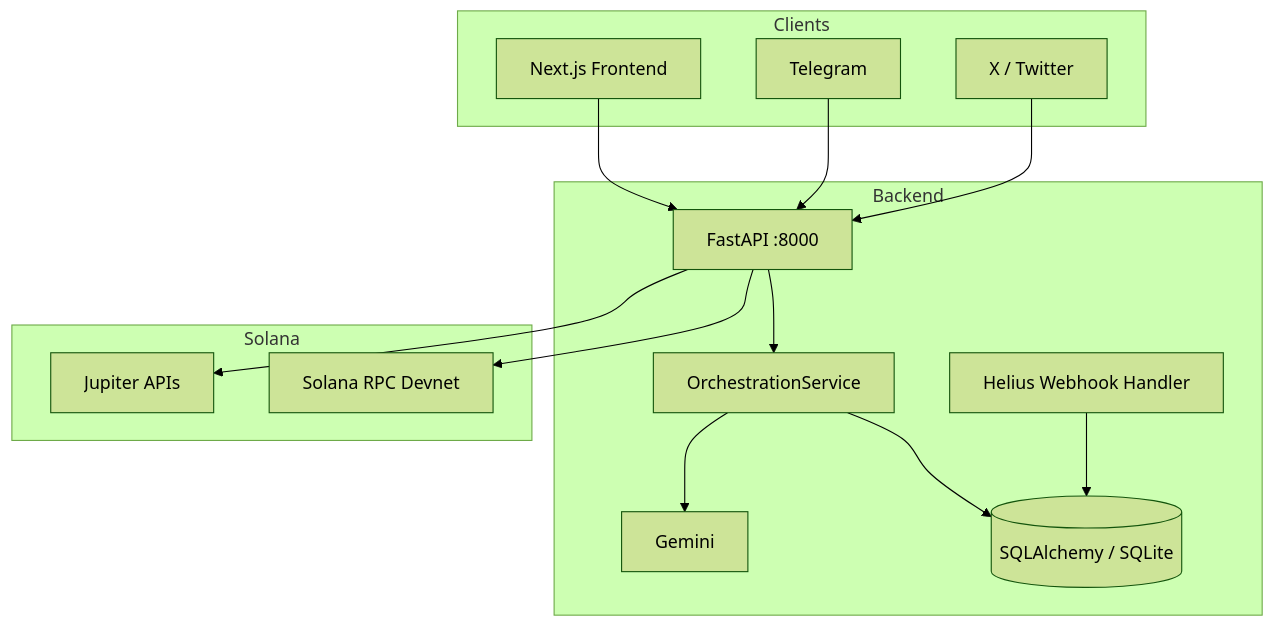
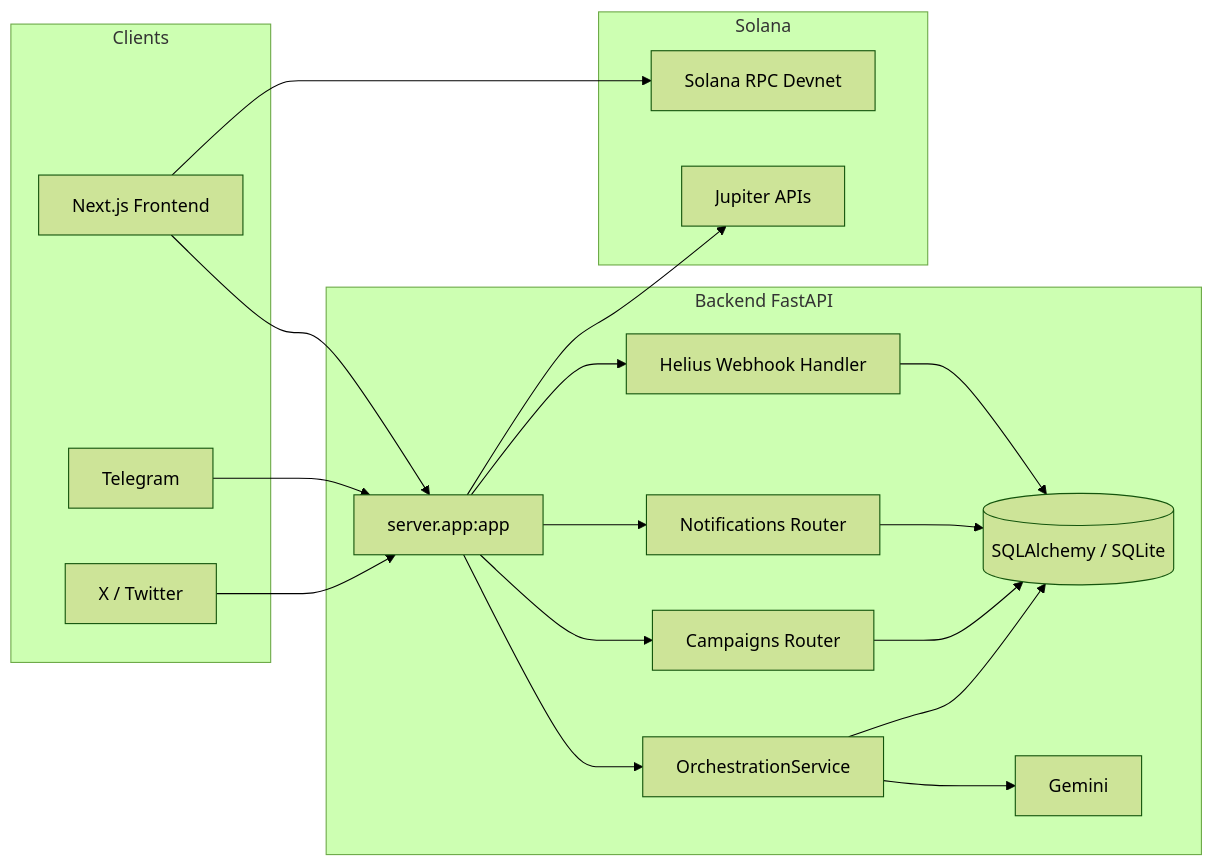
The diagram in README.md (ParaDevs-Brasil/XiaoLee), drawn with Mermaid (forest theme) before and after one commit. The commit also changed other lines of this file and 1 other file, not shown here.

Commit message:
Update README images and project flow diagram

````diff
--- a/README.md
+++ b/README.md
@@ -53,32 +61,41 @@
 ```mermaid
-graph TB
+graph LR
     subgraph "Clients"
         FE[Next.js Frontend]
         TG[Telegram]
         XX[X / Twitter]
     end
 
-    subgraph "Backend"
-        API[FastAPI :8000]
+    subgraph "Backend FastAPI"
+        API[server.app:app]
         ORCH[OrchestrationService]
         GEM[Gemini]
+        CAMP[Campaigns Router]
+        NOTIF[Notifications Router]
+        HEL[Helius Webhook Handler]
         DB[(SQLAlchemy / SQLite)]
-        HEL[Helius Webhook Handler]
     end
 
     subgraph "Solana"
         JUP[Jupiter APIs]
         RPC[Solana RPC Devnet]
     end
 
     FE --> API
     TG --> API
     XX --> API
 
     API --> ORCH
+    API --> CAMP
+    API --> NOTIF
+    API --> HEL
+
     ORCH --> GEM
     ORCH --> DB
+    CAMP --> DB
+    NOTIF --> DB
+    HEL --> DB
+
     API --> JUP
-    API --> RPC
-    HEL --> DB
+    FE --> RPC
 ```
````
